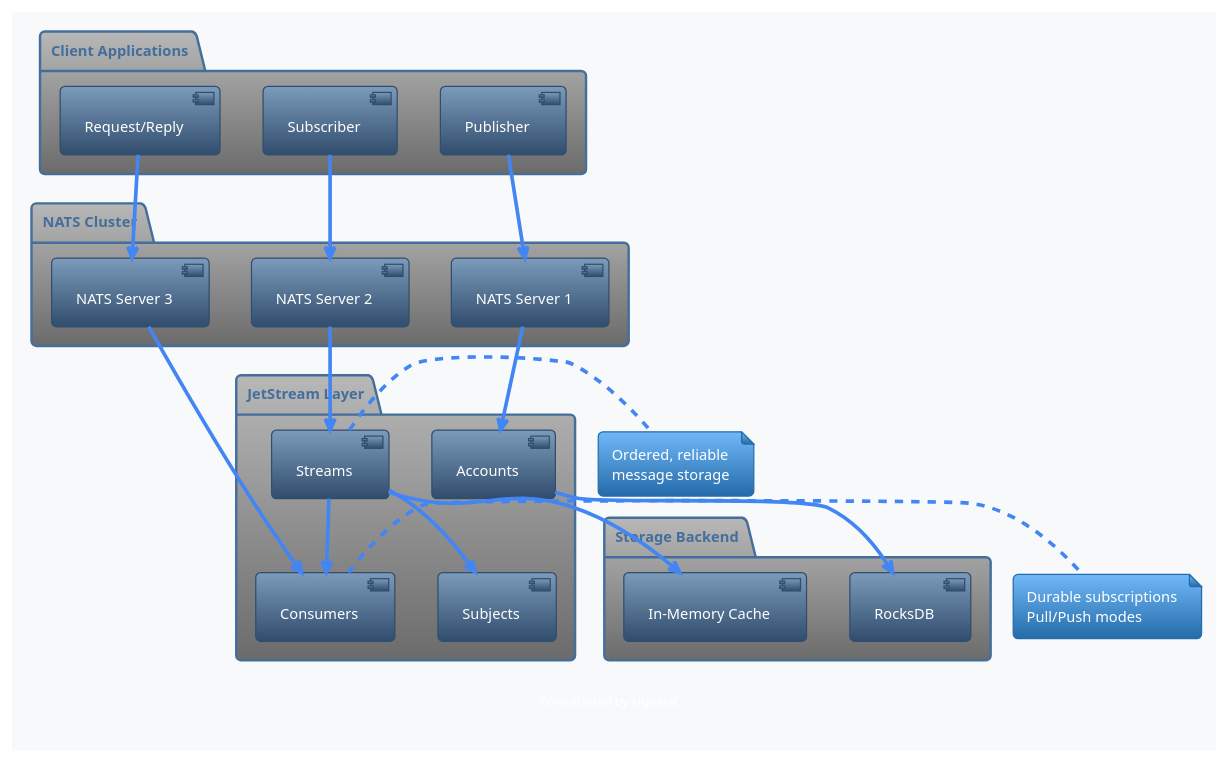
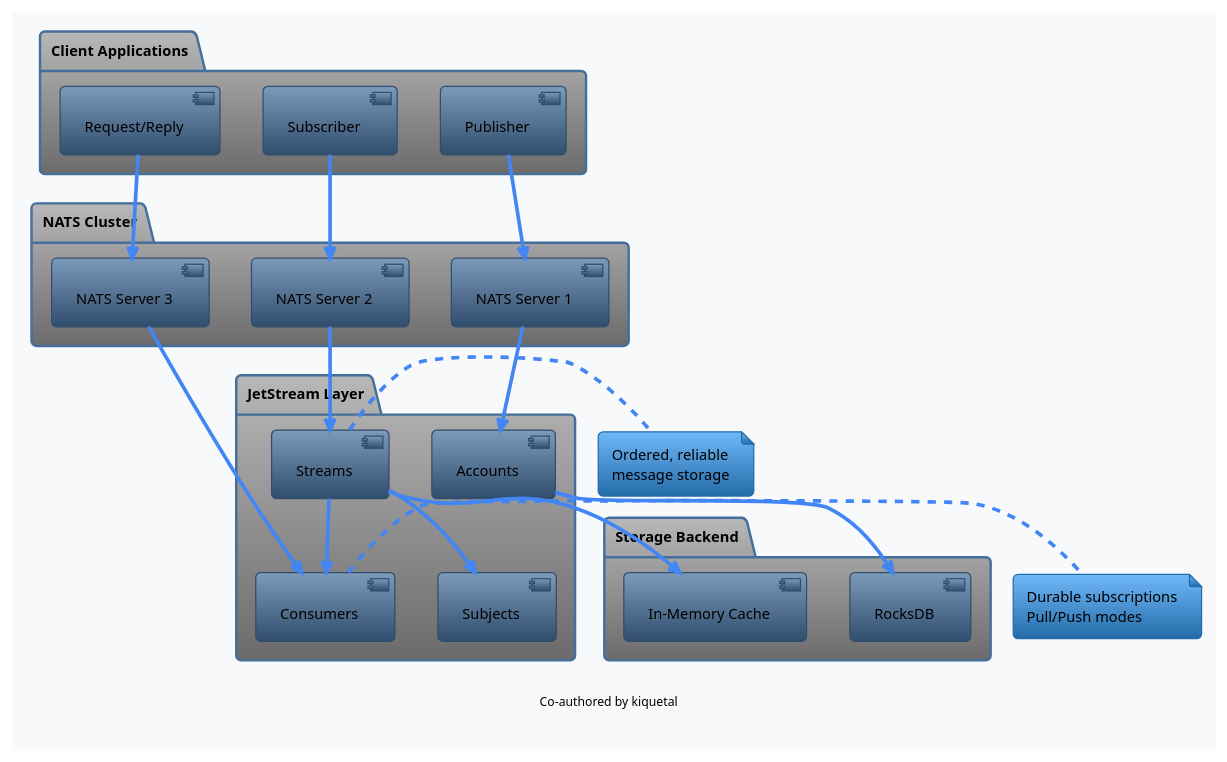
The diagram in diagrams/nats-jetstream.puml (kiquetal/agentic-code-with-gemini-cli), drawn with PlantUML before and after one commit. The commit also changed 5 other files, not shown here.

```diff
--- a/diagrams/nats-jetstream.puml
+++ b/diagrams/nats-jetstream.puml
@@ -1,57 +1,62 @@
 @startuml NATS JetStream Architecture
 !theme spacelab
 skinparam backgroundColor #f8f9fa
+skinparam DefaultFontColor #000000
+skinparam textFontColor #000000
 skinparam classFontColor #000000
+skinparam sequenceActorFontColor #000000
+skinparam sequenceParticipantFontColor #000000
+skinparam sequenceArrowFontColor #000000
 skinparam classBorderColor #4285F4
 skinparam arrowColor #4285F4
 
 package "Client Applications" {
   [Publisher]
   [Subscriber]
   [Request/Reply]
 }
 
 package "NATS Cluster" {
   [NATS Server 1]
   [NATS Server 2]
   [NATS Server 3]
 }
 
 package "JetStream Layer" {
   [Accounts]
   [Streams]
   [Consumers]
   [Subjects]
 }
 
 package "Storage Backend" {
   [RocksDB]
   [In-Memory Cache]
 }
 
 [Publisher] --> [NATS Server 1]
 [Subscriber] --> [NATS Server 2]
 [Request/Reply] --> [NATS Server 3]
 
 [NATS Server 1] --> [Accounts]
 [NATS Server 2] --> [Streams]
 [NATS Server 3] --> [Consumers]
 
 [Streams] --> [Subjects]
 [Streams] --> [Consumers]
 [Accounts] --> [RocksDB]
 [Streams] --> [In-Memory Cache]
 
 note right of [Streams]
   Ordered, reliable
   message storage
 end note
 
 note right of [Consumers]
   Durable subscriptions
   Pull/Push modes
 end note
 
 footer Co-authored by kiquetal
 
 @enduml
```
